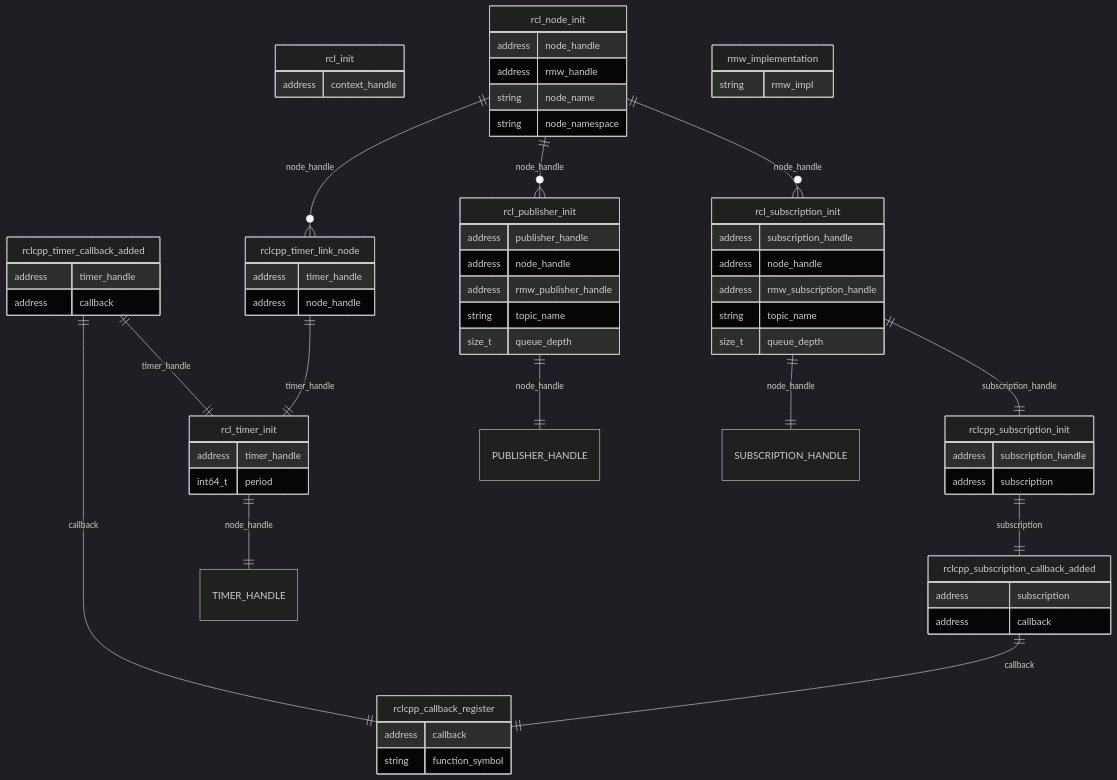
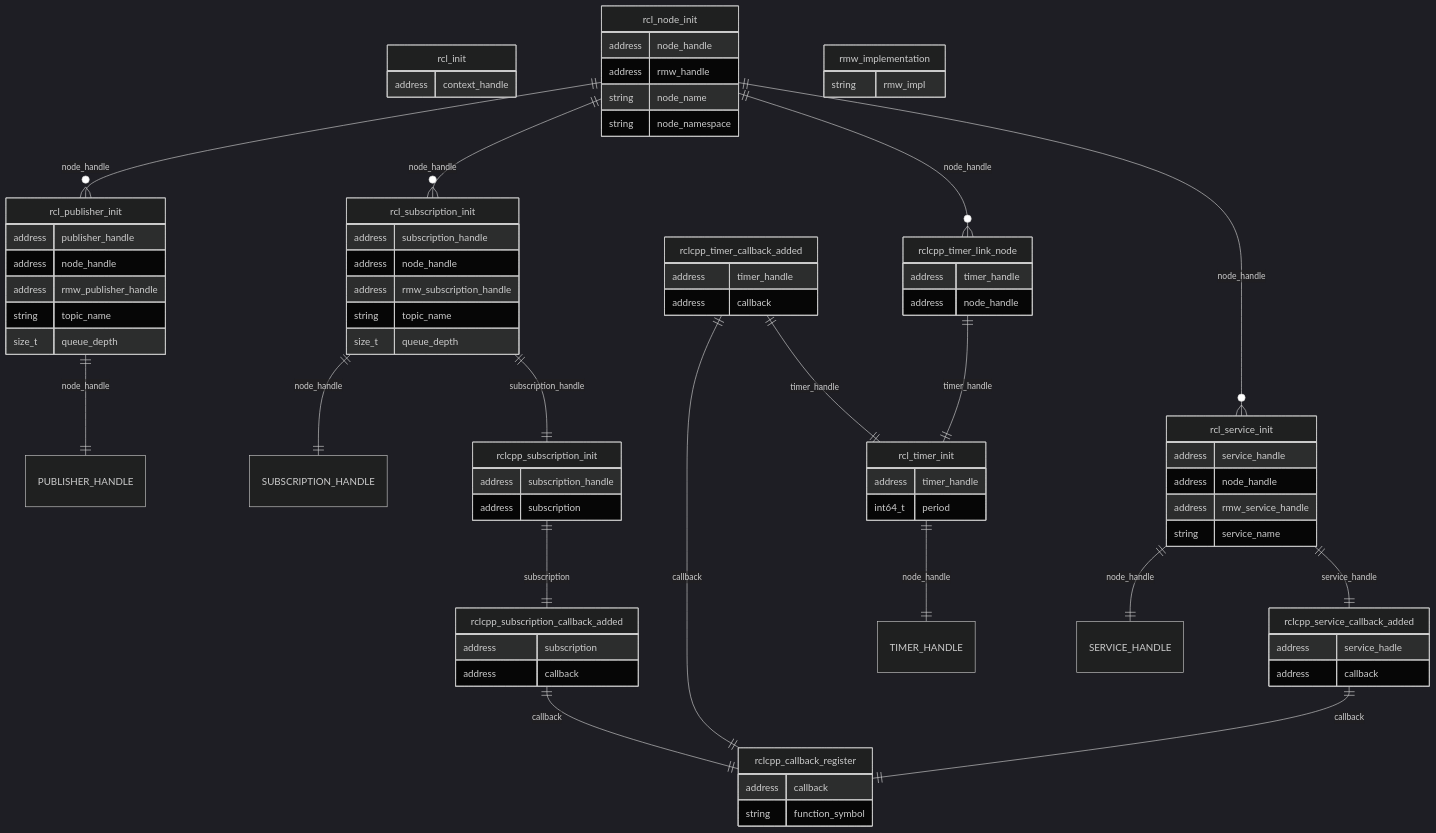
Before and after one commit to tier4/caret_doc: the first of 2 diagrams in docs/design/trace_points/initialization_trace_points.md, drawn with Mermaid (dark theme). The commit also changed other lines of this file, not shown here.

First line of the commit message:
docs(trace points):  add service trace points (#117)

```diff
--- a/docs/design/trace_points/initialization_trace_points.md
+++ b/docs/design/trace_points/initialization_trace_points.md
@@ -44,6 +44,18 @@
  address callback
  }
 
+ rcl_service_init{
+ address service_handle
+ address node_handle
+ address rmw_service_handle
+ string service_name
+ }
+
+ rclcpp_service_callback_added{
+ address service_hadle
+ address callback
+ }
+
  rcl_timer_init{
  address timer_handle
  int64_t period
@@ -71,16 +83,21 @@
     rcl_node_init ||--o{ rcl_publisher_init : node_handle
     rcl_node_init ||--o{ rcl_subscription_init : node_handle
     rcl_node_init ||--o{ rclcpp_timer_link_node : node_handle
+    rcl_node_init ||--o{ rcl_service_init : node_handle
 
     rcl_publisher_init ||--|| PUBLISHER_HANDLE : node_handle
     rcl_subscription_init ||--|| SUBSCRIPTION_HANDLE : node_handle
     rcl_timer_init ||--|| TIMER_HANDLE : node_handle
+    rcl_service_init ||--|| SERVICE_HANDLE : node_handle
 
     rcl_subscription_init ||--|| rclcpp_subscription_init : subscription_handle
-    rclcpp_subscription_init ||--|| rclcpp_subscription_callback_added: subscription
+    rclcpp_subscription_init ||--|| rclcpp_subscription_callback_added : subscription
 
-    rclcpp_timer_callback_added ||--|| rclcpp_callback_register: callback
-    rclcpp_subscription_callback_added ||--|| rclcpp_callback_register: callback
+    rcl_service_init ||--|| rclcpp_service_callback_added : service_handle
+    rclcpp_service_callback_added ||--|| rclcpp_callback_register : callback
+
+    rclcpp_timer_callback_added ||--|| rclcpp_callback_register : callback
+    rclcpp_subscription_callback_added ||--|| rclcpp_callback_register : callback
 
     rclcpp_timer_callback_added ||--|| rcl_timer_init : timer_handle
     rclcpp_timer_link_node ||--|| rcl_timer_init: timer_handle
```
